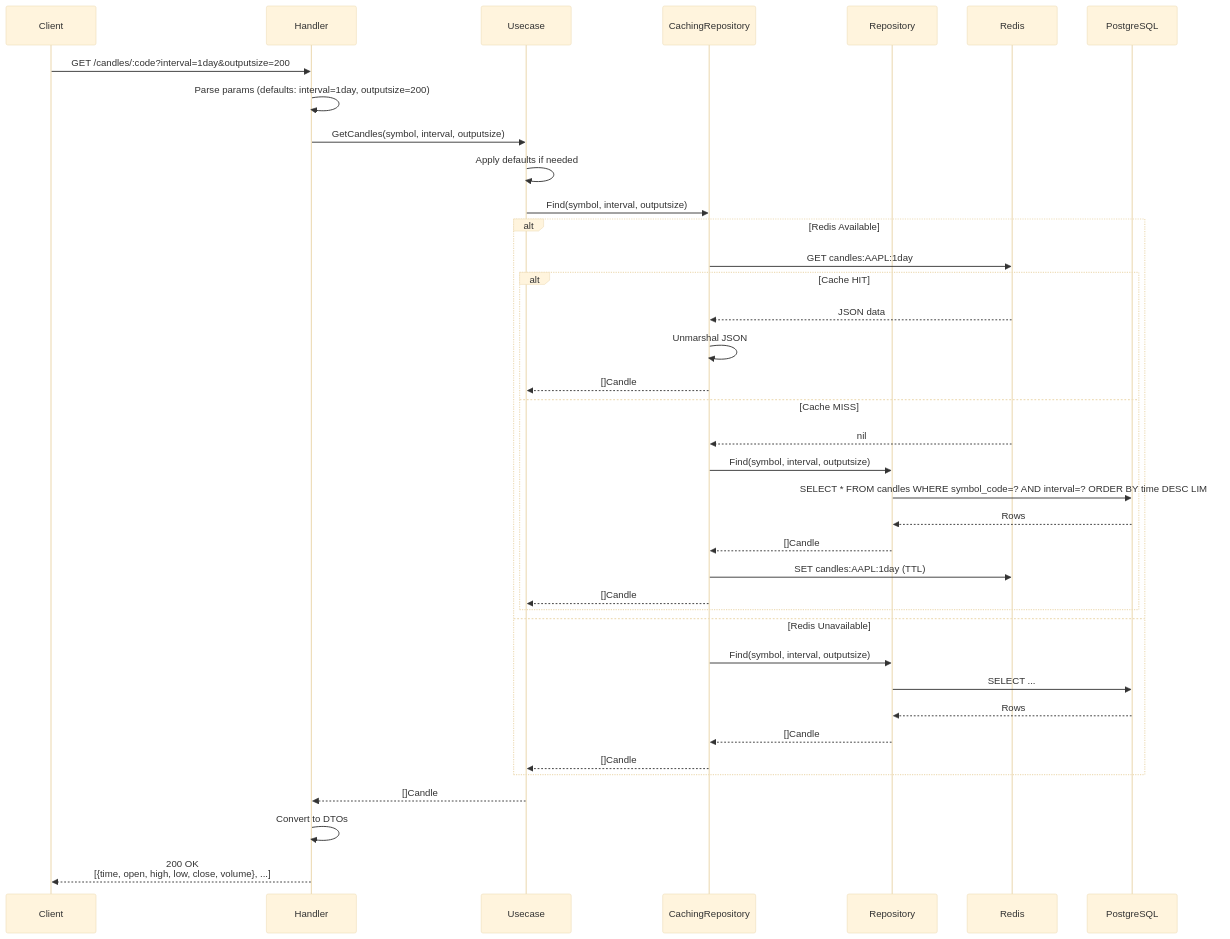
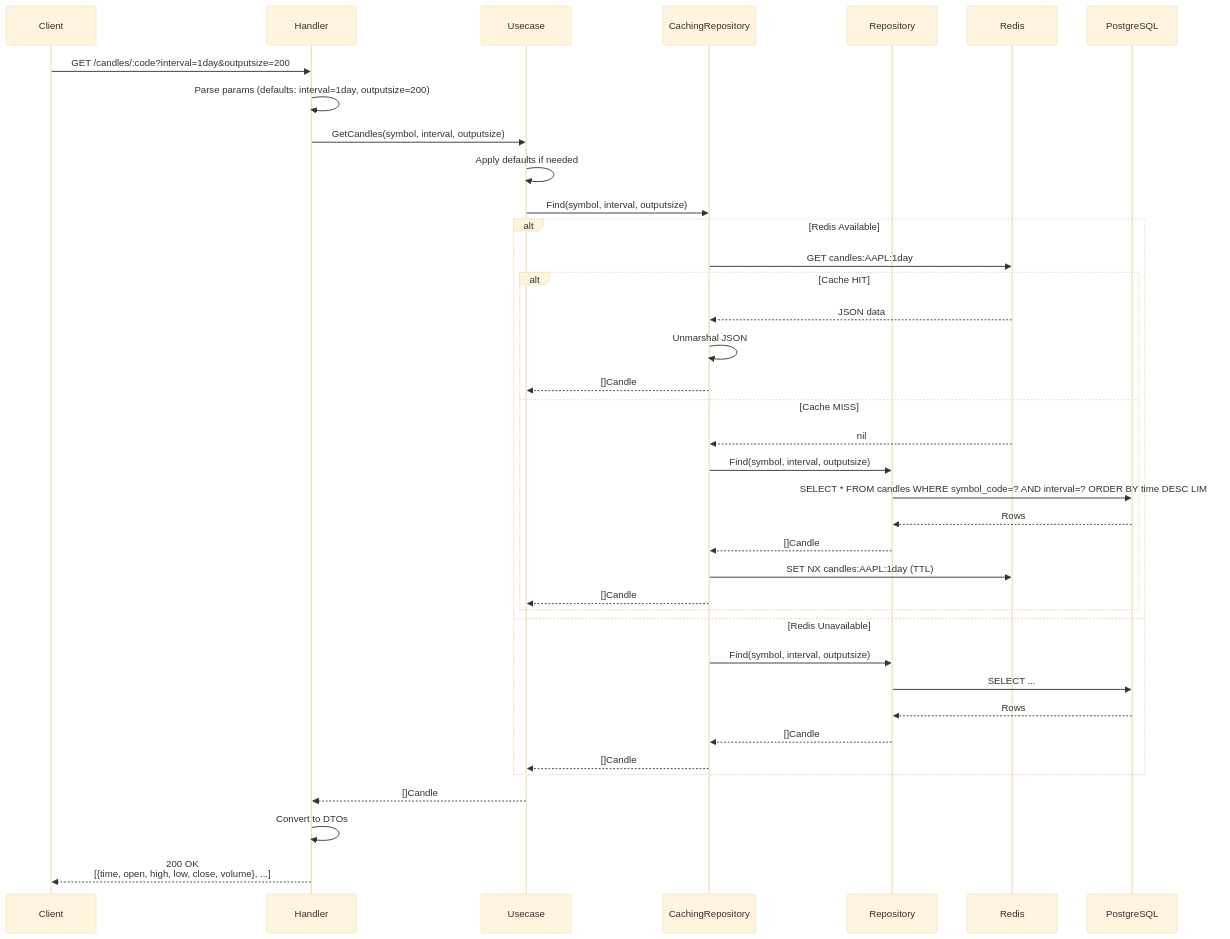
One commit to UCHIDAnobuhiro/stock-backend changed the first of 3 diagrams in docs/features/candles.md. Above: the diagram before and after it, drawn with Mermaid (base theme). The commit also changed other lines of this file, not shown here.

First line of the commit message:
docs(candles): キャッシュ戦略のドキュメントを新設計に更新

````diff
--- a/docs/features/candles.md
+++ b/docs/features/candles.md
@@ -19,43 +19,43 @@
 ```mermaid
 sequenceDiagram
     participant Client
     participant Handler as Handler
     participant Usecase as Usecase
     participant Cache as CachingRepository
     participant Repository as Repository
     participant Redis
     participant DB as PostgreSQL
 
     Client->>Handler: GET /candles/:code?interval=1day&outputsize=200
     Handler->>Handler: Parse params (defaults: interval=1day, outputsize=200)
     Handler->>Usecase: GetCandles(symbol, interval, outputsize)
     Usecase->>Usecase: Apply defaults if needed
     Usecase->>Cache: Find(symbol, interval, outputsize)
 
     alt Redis Available
         Cache->>Redis: GET candles:AAPL:1day
         alt Cache HIT
             Redis-->>Cache: JSON data
             Cache->>Cache: Unmarshal JSON
             Cache-->>Usecase: []Candle
         else Cache MISS
             Redis-->>Cache: nil
             Cache->>Repository: Find(symbol, interval, outputsize)
             Repository->>DB: SELECT * FROM candles WHERE symbol_code=? AND interval=? ORDER BY time DESC LIMIT ?
             DB-->>Repository: Rows
             Repository-->>Cache: []Candle
-            Cache->>Redis: SET candles:AAPL:1day (TTL)
+            Cache->>Redis: SET NX candles:AAPL:1day (TTL)
             Cache-->>Usecase: []Candle
         end
     else Redis Unavailable
         Cache->>Repository: Find(symbol, interval, outputsize)
         Repository->>DB: SELECT ...
         DB-->>Repository: Rows
         Repository-->>Cache: []Candle
         Cache-->>Usecase: []Candle
     end
 
     Usecase-->>Handler: []Candle
     Handler->>Handler: Convert to DTOs
     Handler-->>Client: 200 OK<br/>[{time, open, high, low, close, volume}, ...]
 ```
````
